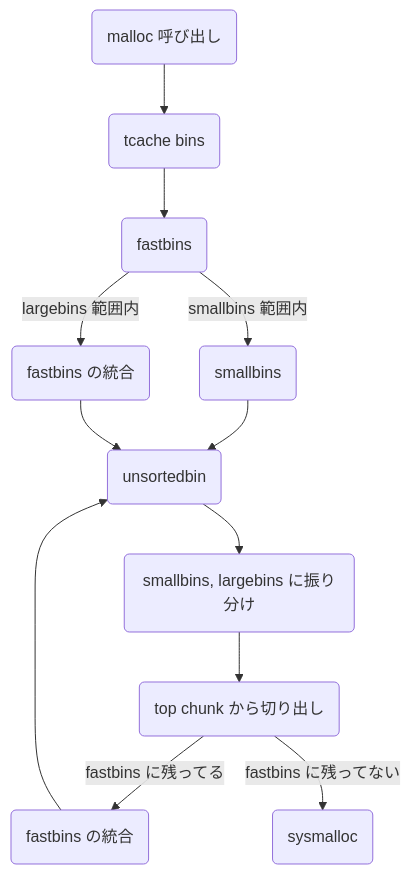
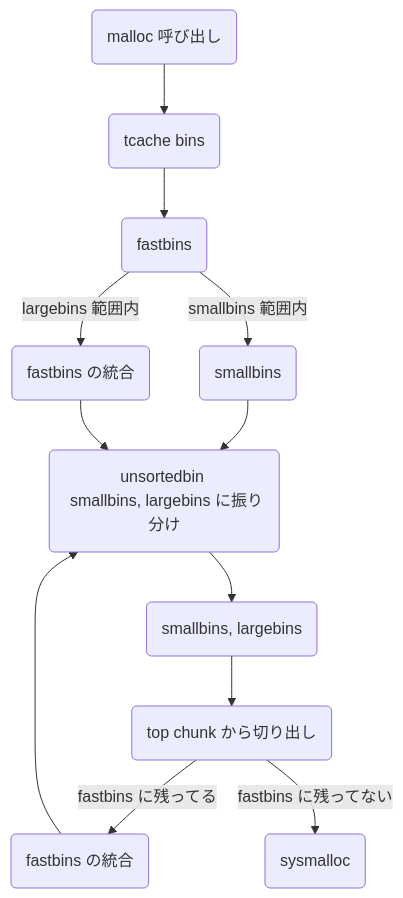
One commit to anko9801/zenn-docs changed the first of 2 diagrams in articles/ctf-heap-exploits.md. Above: the diagram before and after it, drawn with Mermaid. The commit also changed other lines of this file, not shown here.

````diff
--- a/articles/ctf-heap-exploits.md
+++ b/articles/ctf-heap-exploits.md
@@ -80,14 +80,14 @@
 ```mermaid
 graph TD
     0(malloc 呼び出し) --> A
     A(tcache bins) --> B(fastbins)
     B --> |smallbins 範囲内| C(smallbins)
     B --> |largebins 範囲内| D(fastbins の統合)
-    C --> E(unsortedbin)
+    C --> E("unsortedbin \n smallbins, largebins に振り分け")
     D --> E
-    E --> F(smallbins, largebins に振り分け)
+    E --> F(smallbins, largebins)
     F --> G(top chunk から切り出し)
     G --> |fastbins に残ってる| H(fastbins の統合)
     G --> |fastbins に残ってない| I(sysmalloc)
     H --> E
 ```
````
